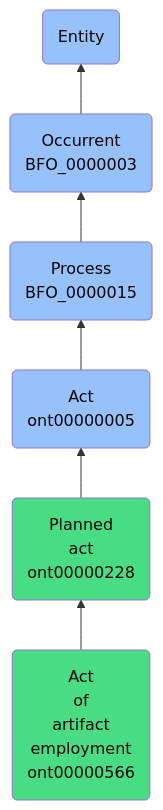
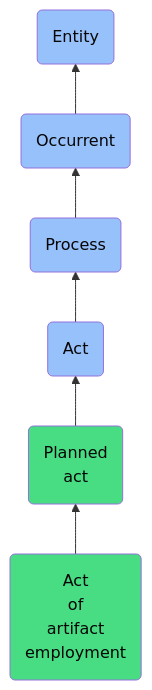
Before and after one commit to jupyter-naas/abi: the diagram in docs/ontology/reference/model/Entity/Occurrent/Process/Act/Planned act/Act of artifact employment/Act of artifact employment.md, drawn with Mermaid. The commit also changed other lines of this file and 1430 other files, not shown here.

````diff
--- a/docs/ontology/reference/model/Entity/Occurrent/Process/Act/Planned act/Act of artifact employment/Act of artifact employment.md
+++ b/docs/ontology/reference/model/Entity/Occurrent/Process/Act/Planned act/Act of artifact employment/Act of artifact employment.md
@@ -24,13 +24,13 @@
 ```mermaid
 graph BT
-    ont00000566(Act<br>of<br>artifact<br>employment<br>ont00000566):::ABI-->ont00000228
-    ont00000228(Planned<br>act<br>ont00000228):::ABI-->ont00000005
-    ont00000005(Act<br>ont00000005):::BFO-->BFO_0000015
-    BFO_0000015(Process<br>BFO_0000015):::BFO-->BFO_0000003
-    BFO_0000003(Occurrent<br>BFO_0000003):::BFO-->BFO_0000001
+    ont00000566(Act<br>of<br>artifact<br>employment):::ABI-->ont00000228
+    ont00000228(Planned<br>act):::ABI-->ont00000005
+    ont00000005(Act):::BFO-->BFO_0000015
+    BFO_0000015(Process):::BFO-->BFO_0000003
+    BFO_0000003(Occurrent):::BFO-->BFO_0000001
     BFO_0000001(Entity):::BFO
     
     classDef BFO fill:#97c1fb,color:#060606
     classDef CCO fill:#e4c51e,color:#060606
     classDef ABI fill:#48DD82,color:#060606
 ```
````
